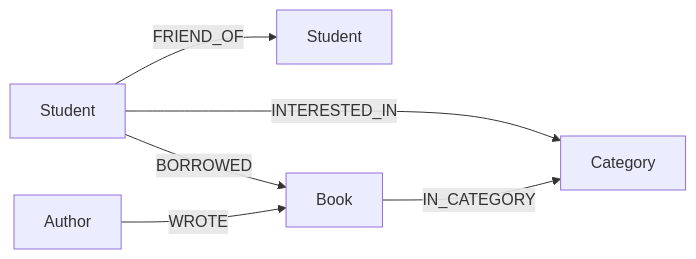
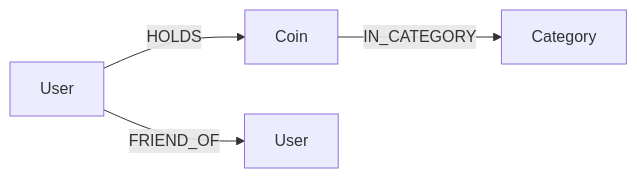
One commit to tpp72/GrapDB1 changed the second of 2 diagrams in docs/PROJECT_GUIDE_TH.md. Above: the diagram before and after it, drawn with Mermaid. The commit also changed other lines of this file and 9 other files, not shown here.

````diff
--- a/docs/PROJECT_GUIDE_TH.md
+++ b/docs/PROJECT_GUIDE_TH.md
@@ -43,8 +45,6 @@
 ```mermaid
 graph LR
-    S1[Student] -- FRIEND_OF --> S2[Student]
-    S1 -- BORROWED --> B[Book]
-    S1 -- INTERESTED_IN --> C[Category]
-    B -- IN_CATEGORY --> C
-    A[Author] -- WROTE --> B
+    U1[User] -- HOLDS --> C[Coin]
+    C -- IN_CATEGORY --> K[Category]
+    U1 -- FRIEND_OF --> U2[User]
 ```
````
